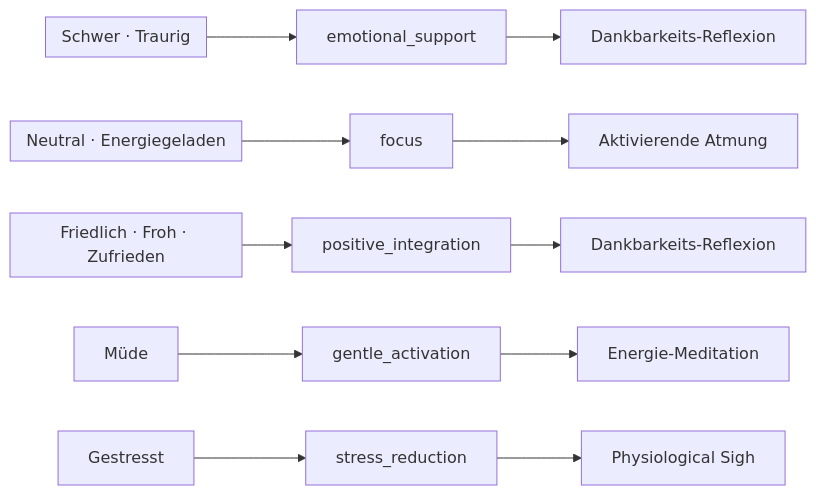
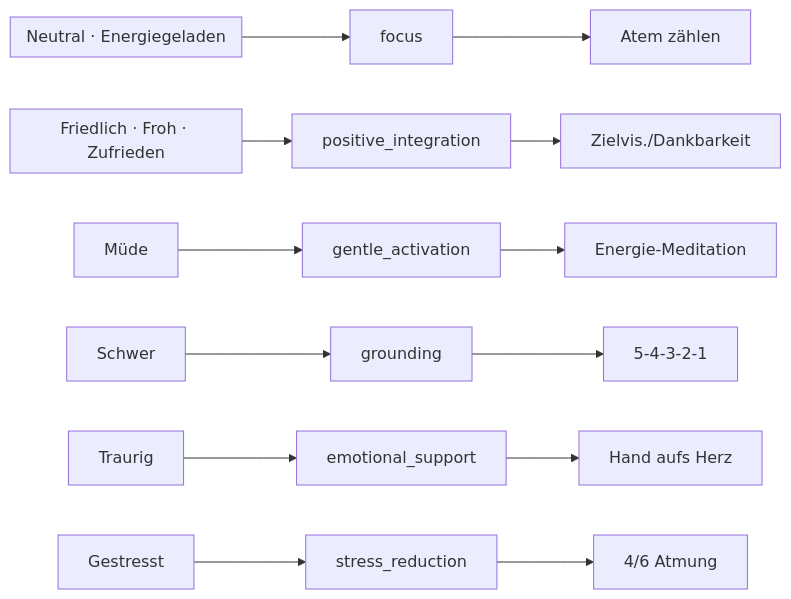
One commit to maxvirkus/innenzeit_recommender changed the sixth of 6 diagrams in docs/algorithmus-visualisierung.md. Above: the diagram before and after it, drawn with Mermaid. The commit also changed other lines of this file and 16 other files, not shown here.

````diff
--- a/docs/algorithmus-visualisierung.md
+++ b/docs/algorithmus-visualisierung.md
@@ -383,17 +383,18 @@
 ```mermaid
 flowchart LR
     subgraph Pos["Friedlich · Froh · Zufrieden"]
     end
     subgraph Neu["Neutral · Energiegeladen"]
     end
     M["Müde"]
-    subgraph Low["Schwer · Traurig"]
-    end
+    Sw["Schwer"]
+    Tr["Traurig"]
     St["Gestresst"]
 
-    Pos --> PI["positive_integration"] --> Ex1["Dankbarkeits-Reflexion"]
-    Neu --> FO["focus"] --> Ex2["Aktivierende Atmung"]
+    Pos --> PI["positive_integration"] --> Ex1["Zielvis./Dankbarkeit"]
+    Neu --> FO["focus"] --> Ex2["Atem zählen"]
     M --> GA["gentle_activation"] --> Ex3["Energie-Meditation"]
-    Low --> ES["emotional_support"] --> Ex4["Dankbarkeits-Reflexion"]
-    St --> SR["stress_reduction"] --> Ex5["Physiological Sigh"]
+    Sw --> GR["grounding"] --> Ex4["5-4-3-2-1"]
+    Tr --> ES["emotional_support"] --> Ex5["Hand aufs Herz"]
+    St --> SR["stress_reduction"] --> Ex6["4/6 Atmung"]
 ```
````
